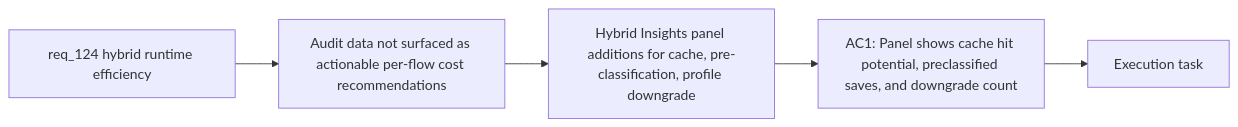
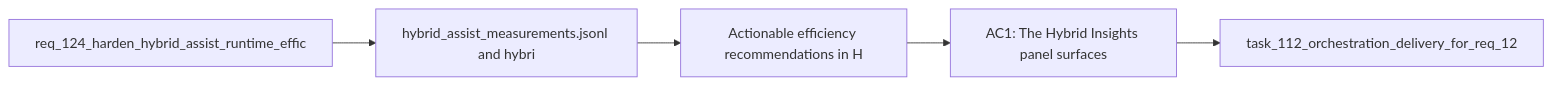
Before and after one commit to AlexAgo83/logics-manager: the diagram in logics/backlog/item_224_actionable_efficiency_recommendations_in_hybrid_insights.md, drawn with Mermaid. The commit also changed other lines of this file and 481 other files, not shown here.

````diff
--- a/logics/backlog/item_224_actionable_efficiency_recommendations_in_hybrid_insights.md
+++ b/logics/backlog/item_224_actionable_efficiency_recommendations_in_hybrid_insights.md
@@ -22,9 +22,9 @@
 ```mermaid
 %% logics-kind: backlog
 %% logics-signature: backlog|actionable-efficiency-recommendations-in|req-124-harden-hybrid-assist-runtime-eff|hybrid-assist-measurements-jsonl-and-hyb|ac1-the-hybrid-insights-panel-surfaces
 flowchart LR
-    Request[req_124 hybrid runtime efficiency] --> Problem[Audit data not surfaced as actionable per-flow cost recommendations]
-    Problem --> Scope[Hybrid Insights panel additions for cache, pre-classification, profile downgrade]
-    Scope --> AC1[AC1: Panel shows cache hit potential, preclassified saves, and downgrade count]
-    AC1 --> Tasks[Execution task]
+    Request[req_124_harden_hybrid_assist_runtime_effic] --> Problem[hybrid_assist_measurements.jsonl and hybri]
+    Problem --> Scope[Actionable efficiency recommendations in H]
+    Scope --> Acceptance[AC1: The Hybrid Insights panel surfaces]
+    Acceptance --> Tasks[task_112_orchestration_delivery_for_req_12]
 ```
````
